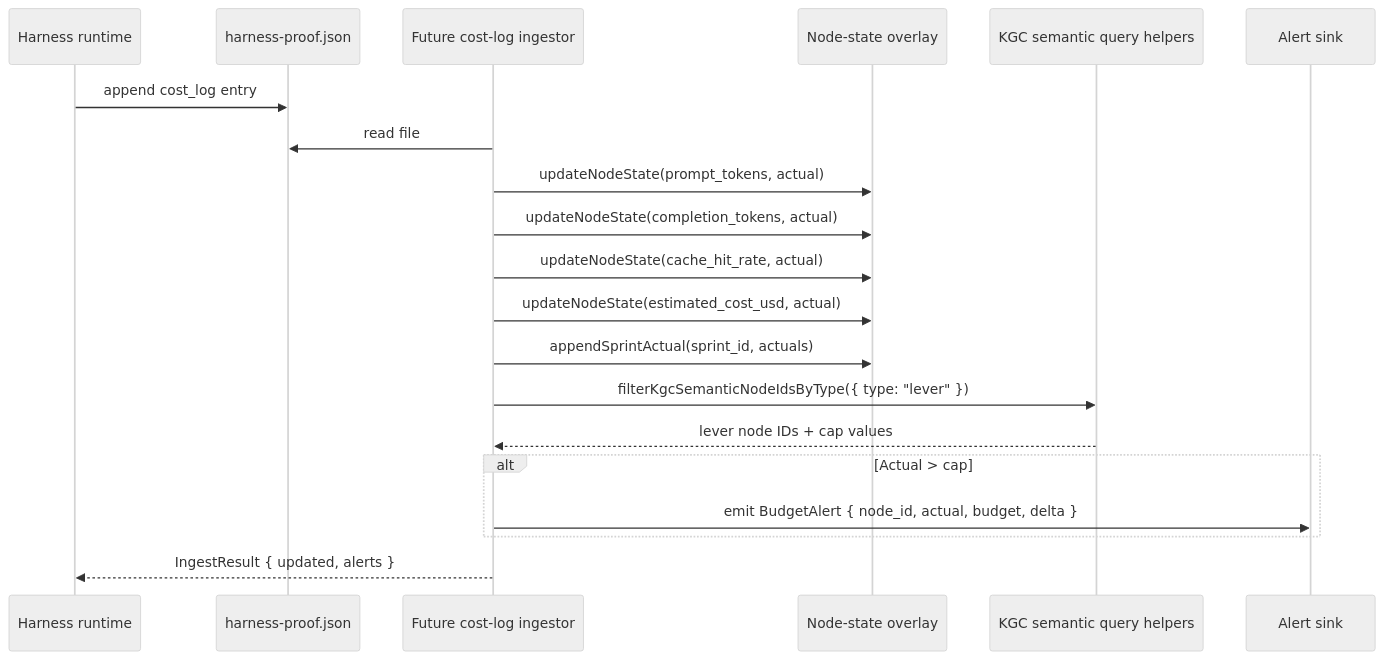
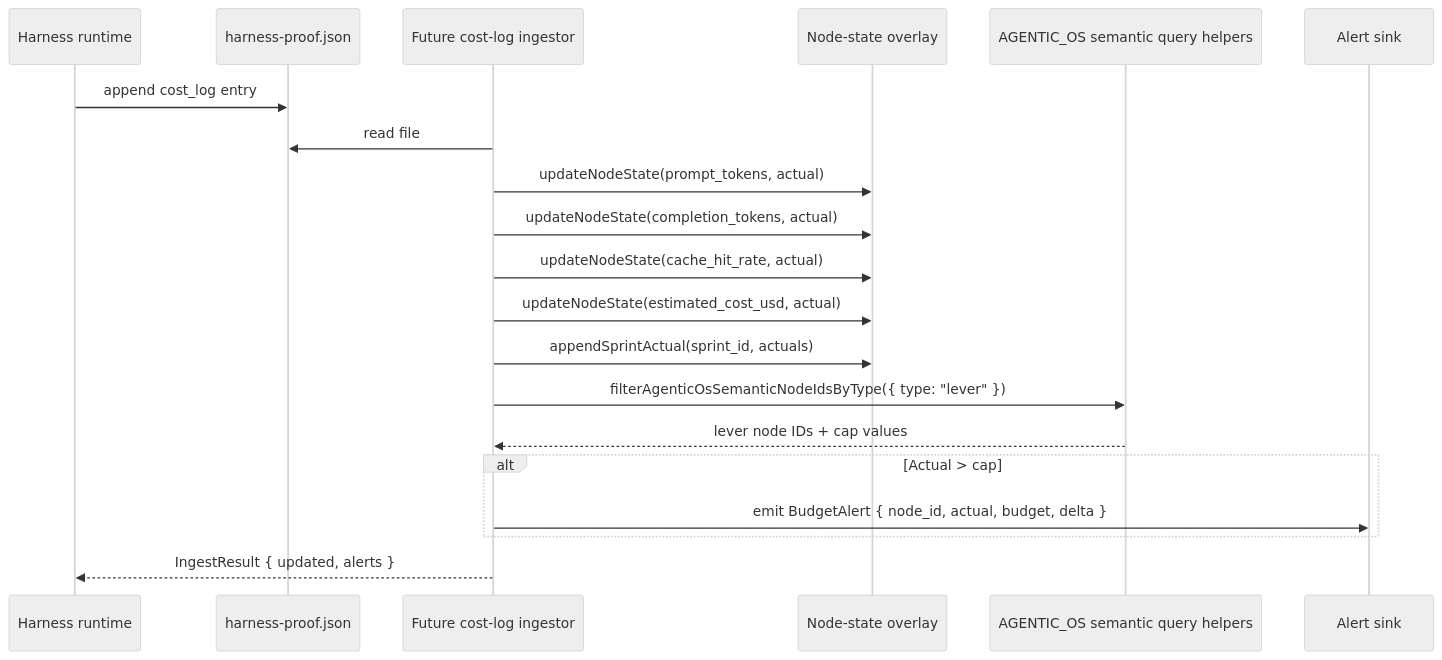
The third of 4 diagrams in docs/documents/agentic-graph-token-economics-model-prd-tad.companion.md (huijoohwee/agentic-graph), drawn with Mermaid (neutral theme) before and after one commit. The commit also changed other lines of this file and 599 other files, not shown here.

````diff
--- a/docs/documents/agentic-graph-token-economics-model-prd-tad.companion.md
+++ b/docs/documents/agentic-graph-token-economics-model-prd-tad.companion.md
@@ -353,25 +353,25 @@
 ```mermaid
 sequenceDiagram
     participant Harness as Harness runtime
     participant Proof as harness-proof.json
     participant Ingestor as Future cost-log ingestor
     participant State as Node-state overlay
-    participant QE as KGC semantic query helpers
+    participant QE as AGENTIC_OS semantic query helpers
     participant Alert as Alert sink
 
     Harness->>Proof: append cost_log entry
     Ingestor->>Proof: read file
     Ingestor->>State: updateNodeState(prompt_tokens, actual)
     Ingestor->>State: updateNodeState(completion_tokens, actual)
     Ingestor->>State: updateNodeState(cache_hit_rate, actual)
     Ingestor->>State: updateNodeState(estimated_cost_usd, actual)
     Ingestor->>State: appendSprintActual(sprint_id, actuals)
-    Ingestor->>QE: filterKgcSemanticNodeIdsByType({ type: "lever" })
+    Ingestor->>QE: filterAgenticOsSemanticNodeIdsByType({ type: "lever" })
     QE-->>Ingestor: lever node IDs + cap values
 
     alt Actual > cap
         Ingestor->>Alert: emit BudgetAlert { node_id, actual, budget, delta }
     end
 
     Ingestor-->>Harness: IngestResult { updated, alerts }
 ```
````
